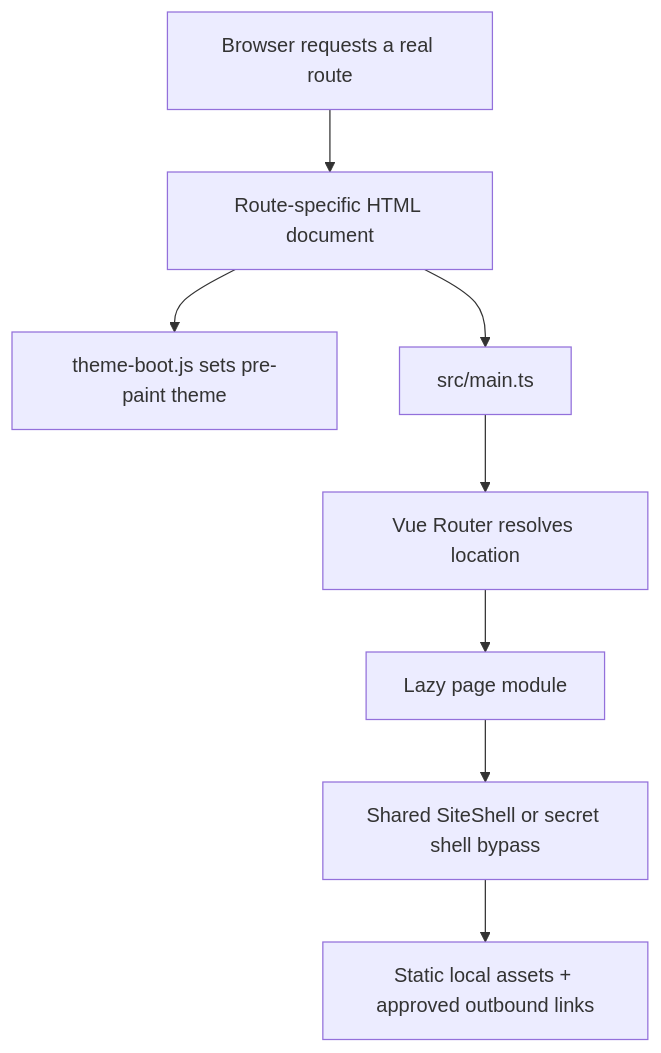
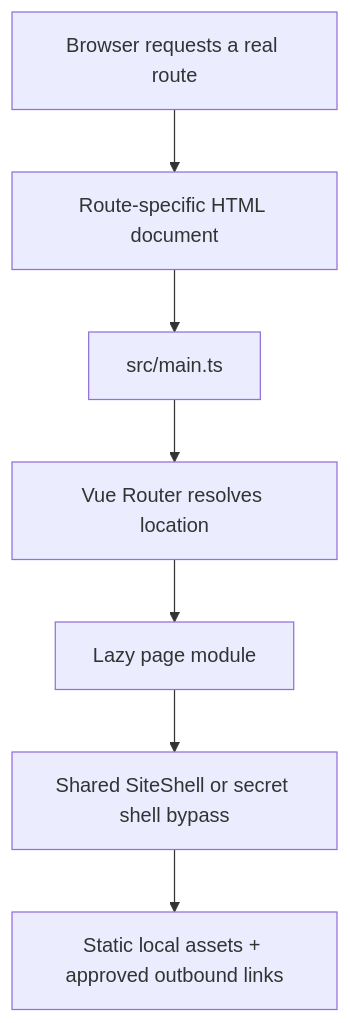
The diagram in docs/07_TECHNICAL_ARCHITECTURE.md (SomberKrow/NariNuna), drawn with Mermaid before and after one commit. The commit also changed other lines of this file and 34 other files, not shown here.

````diff
--- a/docs/07_TECHNICAL_ARCHITECTURE.md
+++ b/docs/07_TECHNICAL_ARCHITECTURE.md
@@ -14,10 +14,9 @@
 ```mermaid
 flowchart TD
   B["Browser requests a real route"] --> H["Route-specific HTML document"]
-  H --> T["theme-boot.js sets pre-paint theme"]
   H --> M["src/main.ts"]
   M --> R["Vue Router resolves location"]
   R --> P["Lazy page module"]
   P --> S["Shared SiteShell or secret shell bypass"]
   S --> A["Static local assets + approved outbound links"]
 ```
````
